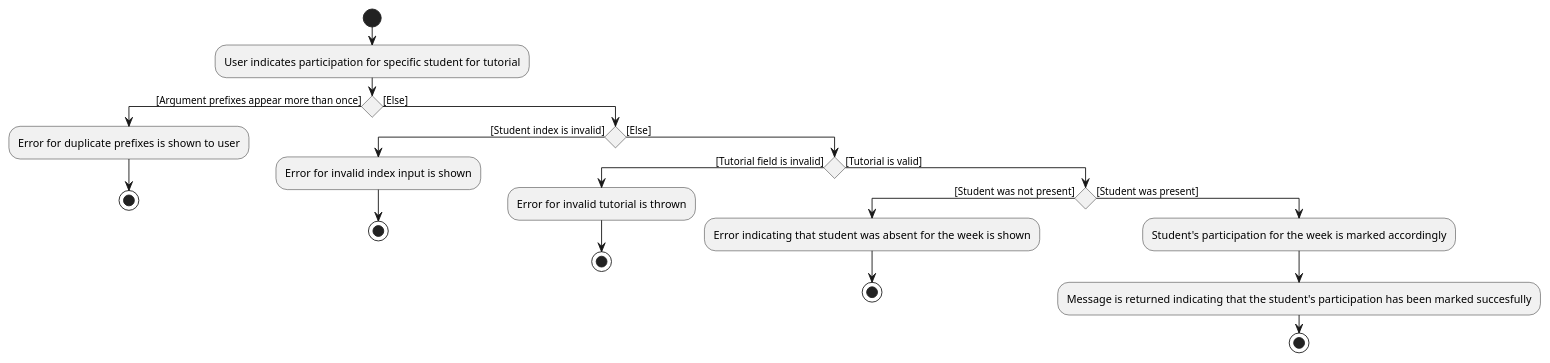
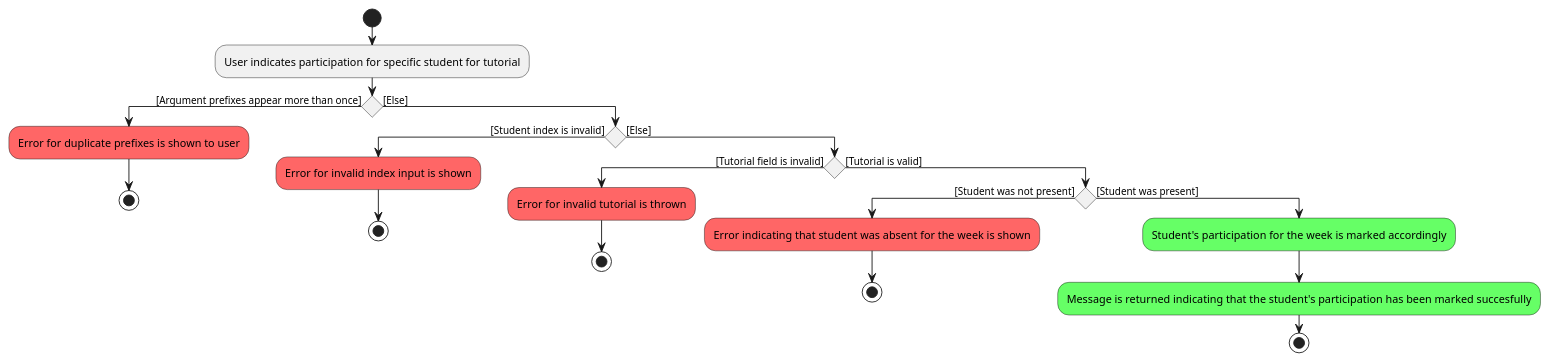
One commit to proto-aiken-13/tp changed the diagram in docs/diagrams/InputParticipationActivityDiagram.puml. Above: the diagram before and after it, drawn with PlantUML. The commit also changed 5 other files, not shown here.

Commit message:
Fix DG Activity Diagram

```diff
--- a/docs/diagrams/InputParticipationActivityDiagram.puml
+++ b/docs/diagrams/InputParticipationActivityDiagram.puml
@@ -1,26 +1,26 @@
 @startuml
 'https://plantuml.com/activity-diagram-beta
 
 start
 :User indicates participation for specific student for tutorial;
 if () then ([Argument prefixes appear more than once])
-    :Error for duplicate prefixes is shown to user;
+    #FF6666:Error for duplicate prefixes is shown to user;
     stop;
 else ([Else])
     if () then ([Student index is invalid])
-        :Error for invalid index input is shown;
+        #FF6666:Error for invalid index input is shown;
         stop;
     else ([Else])
         if () then ([Tutorial field is invalid])
-            :Error for invalid tutorial is thrown;
+            #FF6666:Error for invalid tutorial is thrown;
             stop;
         else ([Tutorial is valid])
             if () then ([Student was not present])
-                :Error indicating that student was absent for the week is shown;
+                #FF6666:Error indicating that student was absent for the week is shown;
                 stop;
             else ([Student was present])
-                :Student's participation for the week is marked accordingly;
-                :Message is returned indicating that the student's participation has been marked succesfully;
+                #66FF66:Student's participation for the week is marked accordingly;
+                #66FF66:Message is returned indicating that the student's participation has been marked succesfully;
 stop
 
 @enduml
```
